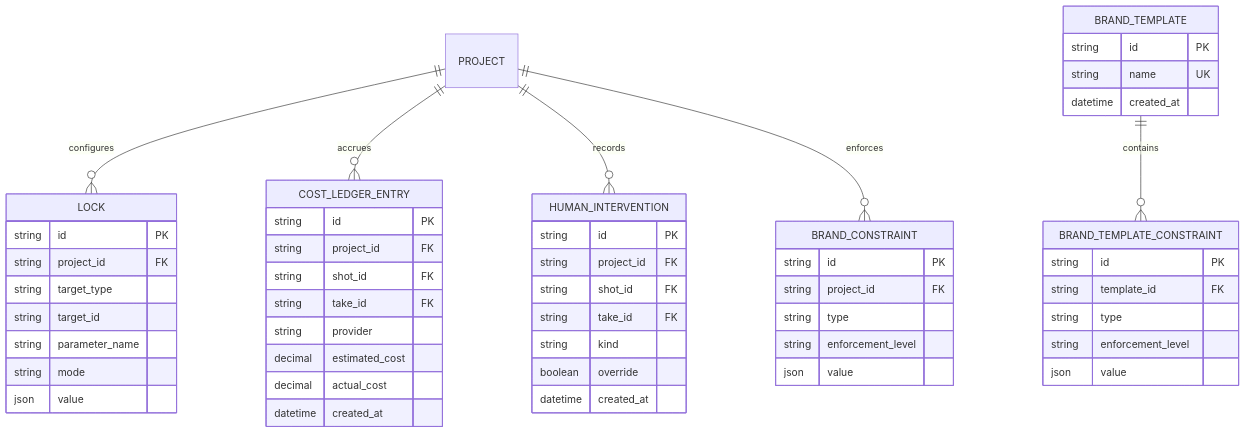
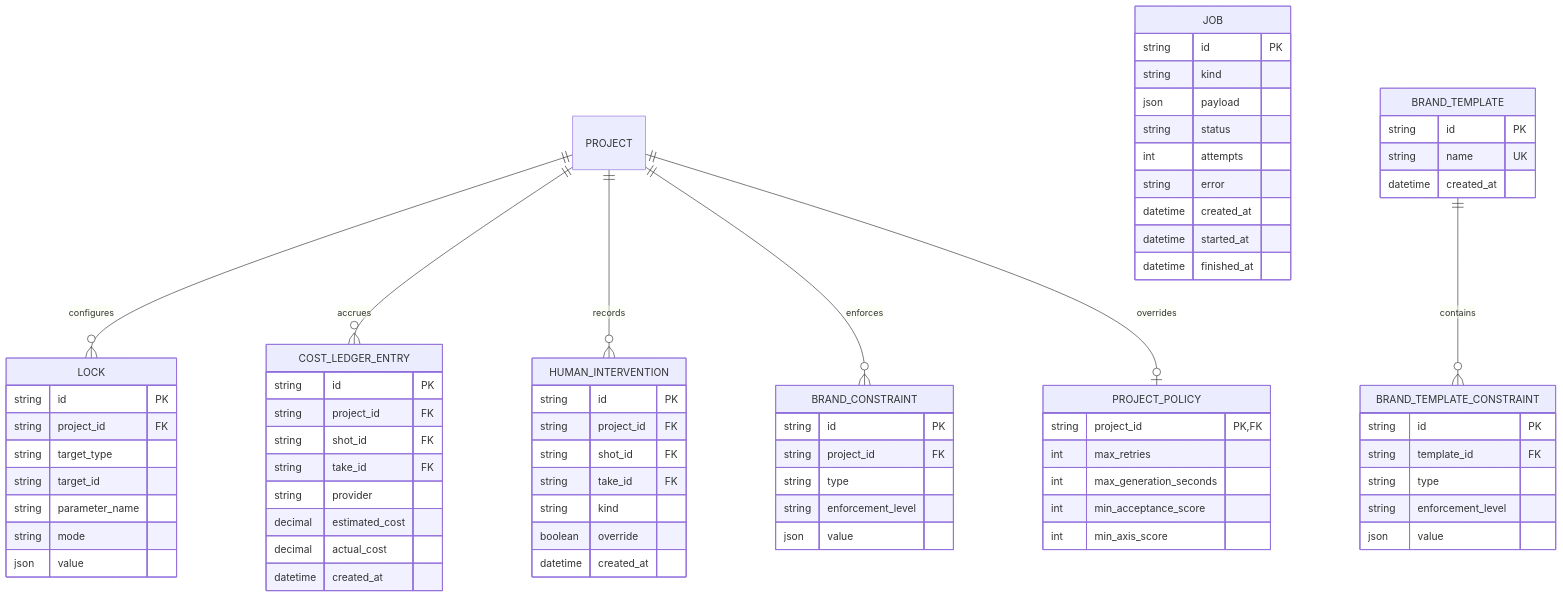
The fifth of 7 diagrams in spec/architecture/er.md (ousiassllc/mam), drawn with Mermaid before and after one commit. The commit also changed other lines of this file, not shown here.

Commit message:
docs: ER 図に欠落していたテーブルを追加 (#33)

````diff
--- a/spec/architecture/er.md
+++ b/spec/architecture/er.md
@@ -393,56 +440,75 @@
 ```mermaid
 erDiagram
     PROJECT ||--o{ LOCK : configures
     PROJECT ||--o{ COST_LEDGER_ENTRY : accrues
     PROJECT ||--o{ HUMAN_INTERVENTION : records
     PROJECT ||--o{ BRAND_CONSTRAINT : enforces
+    PROJECT ||--o| PROJECT_POLICY : overrides
 
+    PROJECT_POLICY {
+        string project_id PK, FK
+        int max_retries
+        int max_generation_seconds
+        int min_acceptance_score
+        int min_axis_score
+    }
+    JOB {
+        string id PK
+        string kind
+        json payload
+        string status
+        int attempts
+        string error
+        datetime created_at
+        datetime started_at
+        datetime finished_at
+    }
     LOCK {
         string id PK
         string project_id FK
         string target_type
         string target_id
         string parameter_name
         string mode
         json value
     }
     COST_LEDGER_ENTRY {
         string id PK
         string project_id FK
         string shot_id FK
         string take_id FK
         string provider
         decimal estimated_cost
         decimal actual_cost
         datetime created_at
     }
     HUMAN_INTERVENTION {
         string id PK
         string project_id FK
         string shot_id FK
         string take_id FK
         string kind
         boolean override
         datetime created_at
     }
     BRAND_CONSTRAINT {
         string id PK
         string project_id FK
         string type
         string enforcement_level
         json value
     }
     BRAND_TEMPLATE ||--o{ BRAND_TEMPLATE_CONSTRAINT : contains
     BRAND_TEMPLATE {
         string id PK
         string name UK
         datetime created_at
     }
     BRAND_TEMPLATE_CONSTRAINT {
         string id PK
         string template_id FK
         string type
         string enforcement_level
         json value
     }
 ```
````
